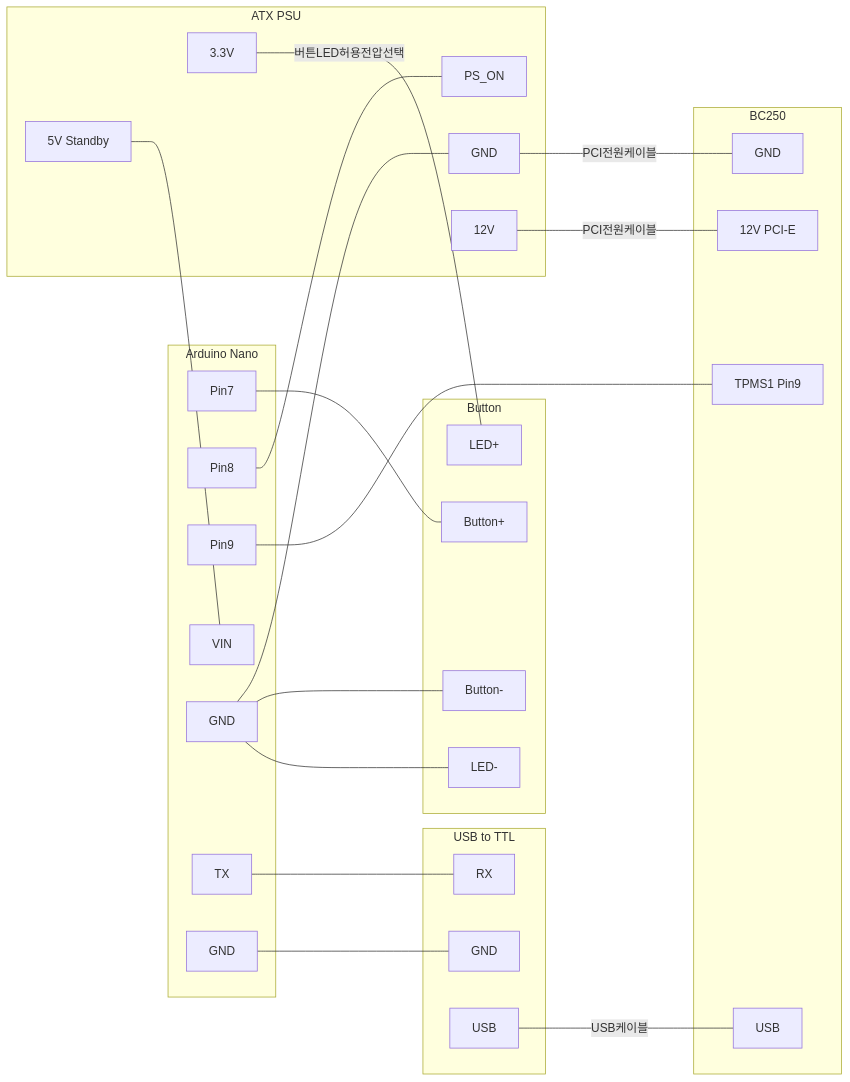
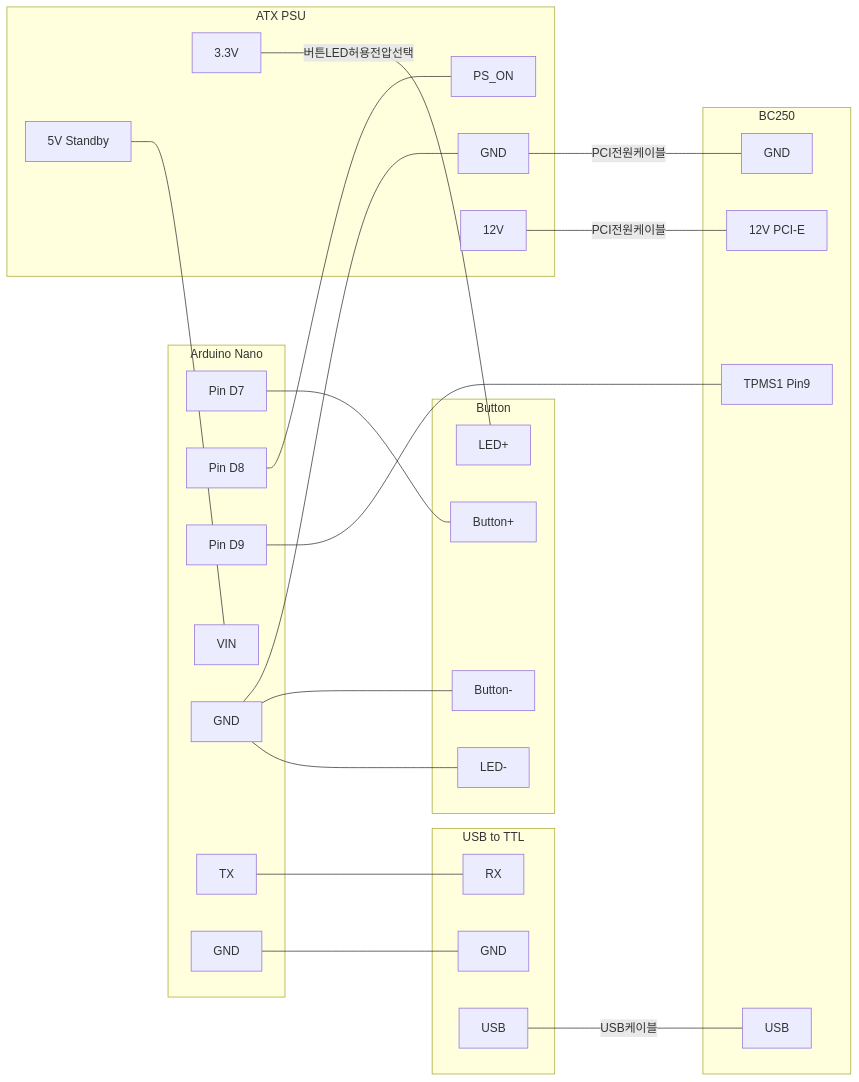
Before and after one commit to coolsolgit/BC250-ATX-PSU-Control: the second of 2 diagrams in README.md, drawn with Mermaid.

````diff
--- a/README.md
+++ b/README.md
@@ -52,49 +52,49 @@
 ```mermaid
 flowchart LR
   subgraph Arduino Nano
-    P7[Pin7]
-    P8[Pin8]
-    P9[Pin9]
+    P7[Pin D7]
+    P8[Pin D8]
+    P9[Pin D9]
     VIN[VIN]
     AGND[GND]
     TX[TX]
     ATGND[GND]
   end
   subgraph BC250
     TPMS[TPMS1 Pin9]
     BUSB[USB]
     PCIE[12V PCI-E]
     BGND[GND]
   end
   subgraph USB to TTL
     RX[RX]
     UGND[GND]
     UUSB[USB]
   end
   subgraph ATX PSU
     5V[5V Standby]
     3.3V[3.3V]
     PS_ON[PS_ON]
     PGND[GND]
     12V[12V]
   end
   subgraph Button
     BTN1[Button+]
     BTN2[Button-]
     LED1[LED+]
     LED2[LED-]
   end
   UUSB ---|USB케이블| BUSB
   TX --- RX
   P7 --- BTN1
   P8 --- PS_ON
   P9 --- TPMS
   AGND --- PGND
   AGND --- BTN2
   AGND --- LED2
   ATGND --- UGND
   3.3V ---|버튼LED허용전압선택| LED1
   5V --- VIN
   12V ---|PCI전원케이블| PCIE
   PGND ----|PCI전원케이블| BGND
 ```
````
